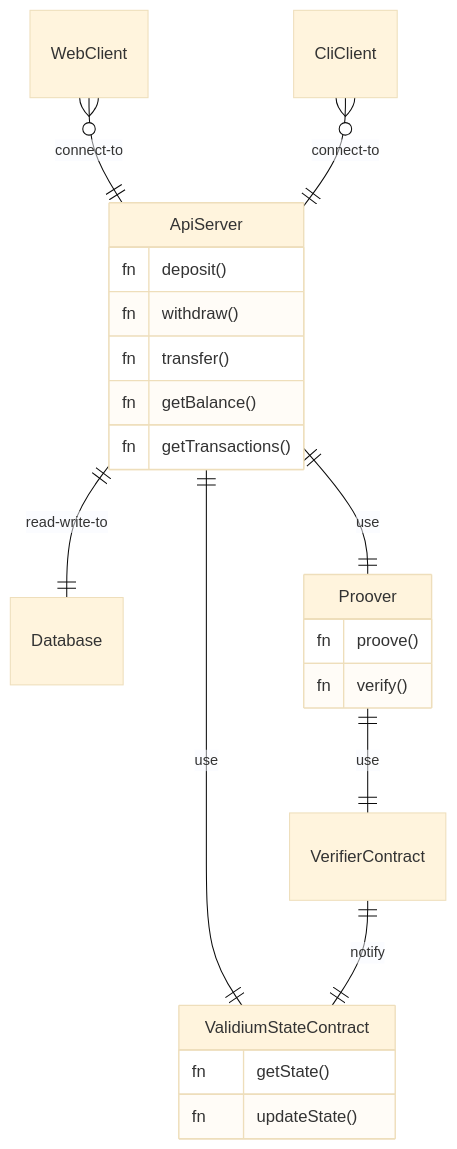
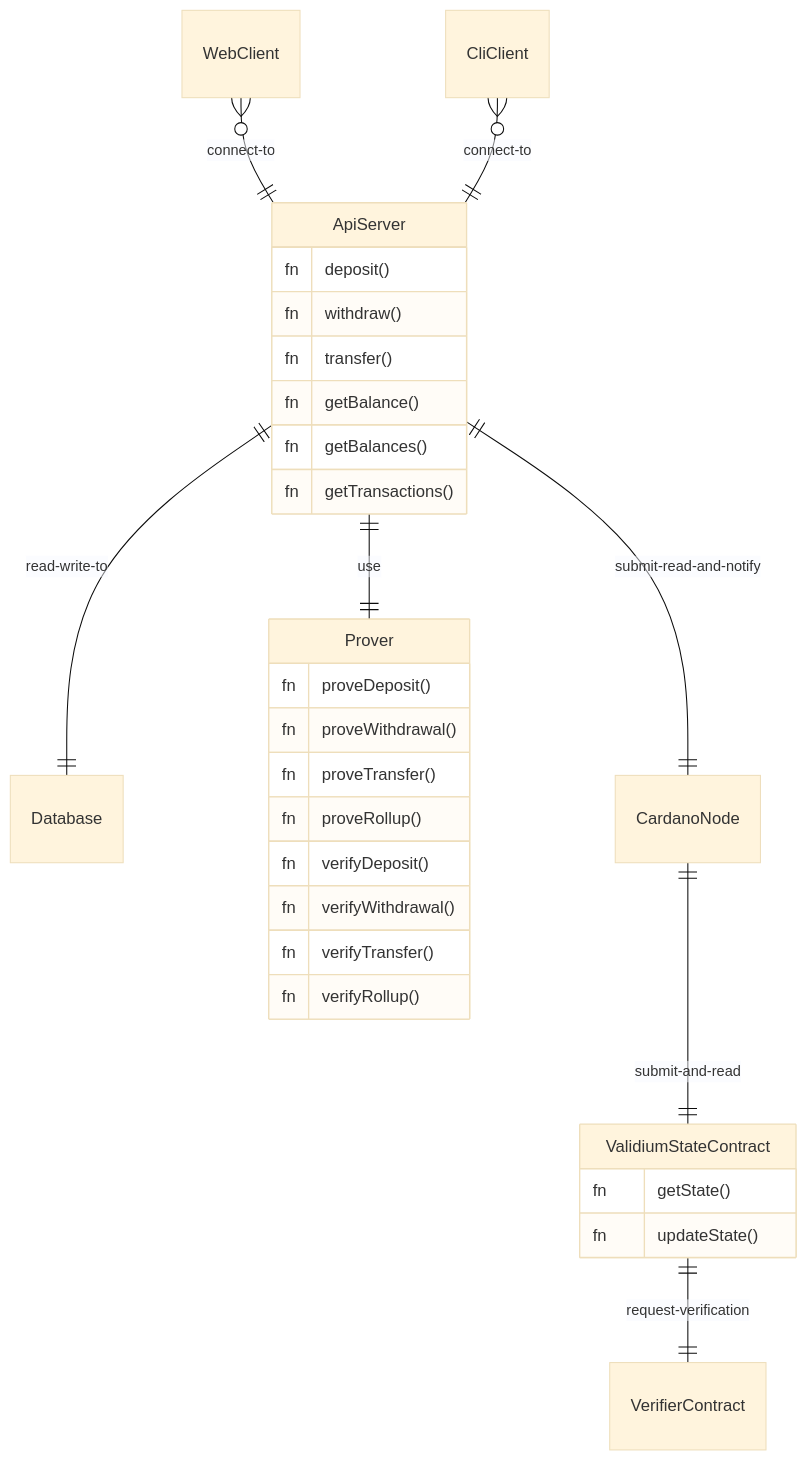
Before and after one commit to cspr-rad/kairos-spec: the diagram in src/diagrams/components_diagram.mmd, drawn with Mermaid (base theme). The commit also changed 2 other files, not shown here.

Commit message:
Nick: Some initial, proposed changes to the diagrams

```diff
--- a/src/diagrams/components_diagram.mmd
+++ b/src/diagrams/components_diagram.mmd
@@ -1,34 +1,38 @@
 erDiagram
     WebClient }o--|| ApiServer : connect-to
     
     CliClient }o--|| ApiServer : connect-to
 
     ApiServer {
         fn deposit()
         fn withdraw()
         fn transfer()
         fn getBalance()
+        fn getBalances()
         fn getTransactions()
     }
 
     ApiServer ||--|| Database : read-write-to
 
-    ApiServer ||--|| Proover : use
+    ApiServer ||--|| Prover : use
 
-    Proover {
-        fn proove()
-        fn verify()
+    Prover {
+        fn proveDeposit()
+        fn proveWithdrawal()
+        fn proveTransfer()
+        fn proveRollup()
+        fn verifyDeposit()
+        fn verifyWithdrawal()
+        fn verifyTransfer()
+        fn verifyRollup()
     }
-
-    ApiServer ||--|| ValidiumStateContract : use
 
     ValidiumStateContract {
         fn getState()
         fn updateState()
     }
 
-    Proover ||--|| VerifierContract : use
-    VerifierContract {
-    }
+    ApiServer ||--|| CardanoNode : submit-read-and-notify
+    CardanoNode ||--|| ValidiumStateContract : submit-and-read
 
-    VerifierContract ||--|| ValidiumStateContract : notify
+    ValidiumStateContract ||--|| VerifierContract : request-verification
```
